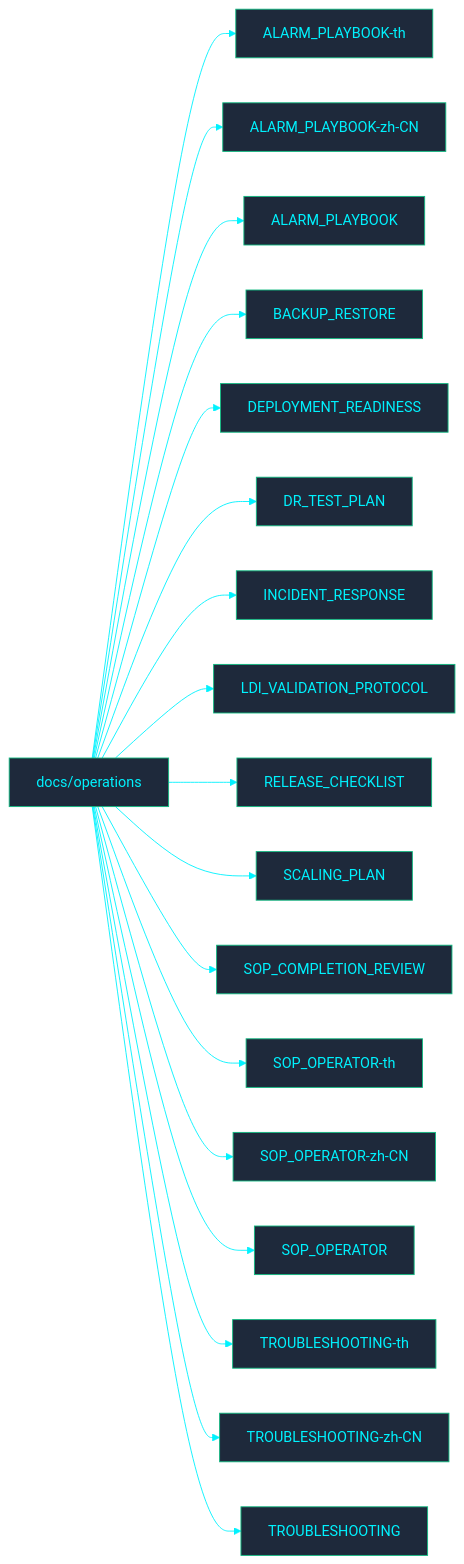
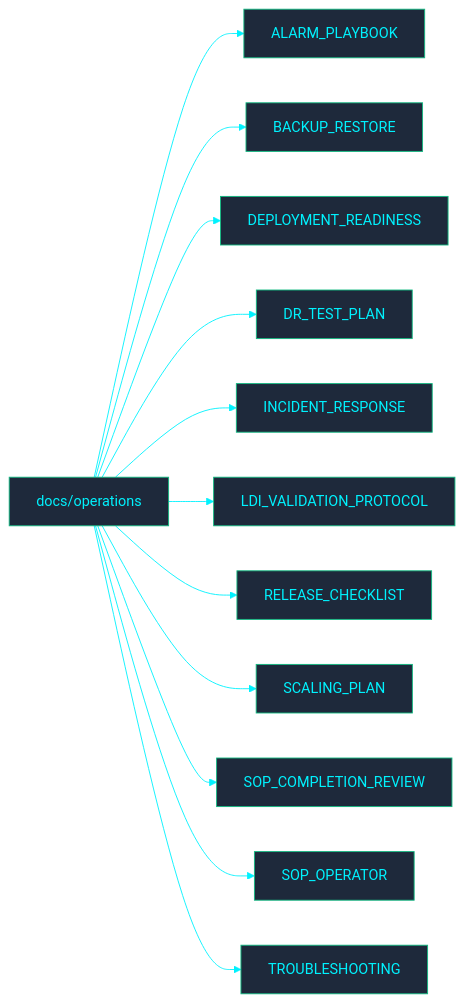
One commit to PATTANAKORN025/IMS changed the diagram in docs/operations/README.md. Above: the diagram before and after it, drawn with Mermaid. The commit also changed other lines of this file and 246 other files, not shown here.

````diff
--- a/docs/operations/README.md
+++ b/docs/operations/README.md
@@ -14,22 +14,16 @@
 ```mermaid
 %%{init: {'theme': 'base', 'themeVariables': { 'primaryColor': '#1e293b', 'primaryTextColor': '#00F2FE', 'primaryBorderColor': '#10B981', 'lineColor': '#00F2FE', 'secondaryColor': '#0f172a', 'tertiaryColor': '#0f172a', 'clusterBkg': '#030407', 'clusterBorder': '#00F2FE'}}}%%
 flowchart LR
   ROOT["docs/operations"]
-  ROOT --> F0["ALARM_PLAYBOOK-th"]
-  ROOT --> F1["ALARM_PLAYBOOK-zh-CN"]
-  ROOT --> F2["ALARM_PLAYBOOK"]
-  ROOT --> F3["BACKUP_RESTORE"]
-  ROOT --> F4["DEPLOYMENT_READINESS"]
-  ROOT --> F5["DR_TEST_PLAN"]
-  ROOT --> F6["INCIDENT_RESPONSE"]
-  ROOT --> F7["LDI_VALIDATION_PROTOCOL"]
-  ROOT --> F8["RELEASE_CHECKLIST"]
-  ROOT --> F9["SCALING_PLAN"]
-  ROOT --> F10["SOP_COMPLETION_REVIEW"]
-  ROOT --> F11["SOP_OPERATOR-th"]
-  ROOT --> F12["SOP_OPERATOR-zh-CN"]
-  ROOT --> F13["SOP_OPERATOR"]
-  ROOT --> F14["TROUBLESHOOTING-th"]
-  ROOT --> F15["TROUBLESHOOTING-zh-CN"]
-  ROOT --> F16["TROUBLESHOOTING"]
+  ROOT --> F0["ALARM_PLAYBOOK"]
+  ROOT --> F1["BACKUP_RESTORE"]
+  ROOT --> F2["DEPLOYMENT_READINESS"]
+  ROOT --> F3["DR_TEST_PLAN"]
+  ROOT --> F4["INCIDENT_RESPONSE"]
+  ROOT --> F5["LDI_VALIDATION_PROTOCOL"]
+  ROOT --> F6["RELEASE_CHECKLIST"]
+  ROOT --> F7["SCALING_PLAN"]
+  ROOT --> F8["SOP_COMPLETION_REVIEW"]
+  ROOT --> F9["SOP_OPERATOR"]
+  ROOT --> F10["TROUBLESHOOTING"]
 ```
````
